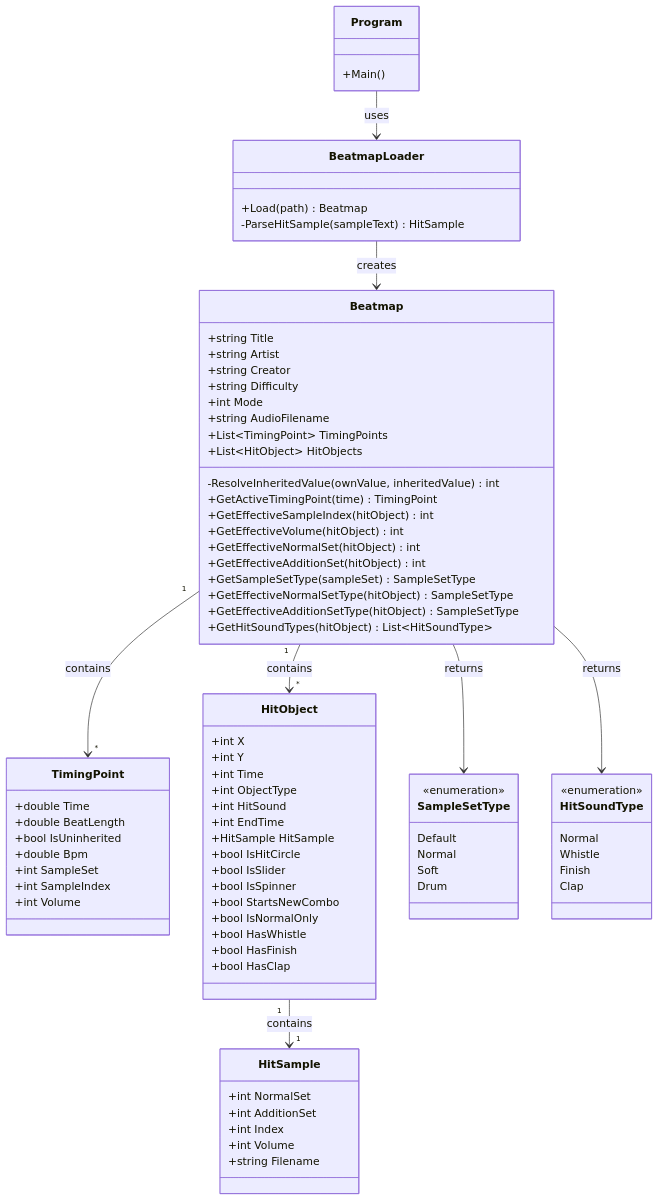
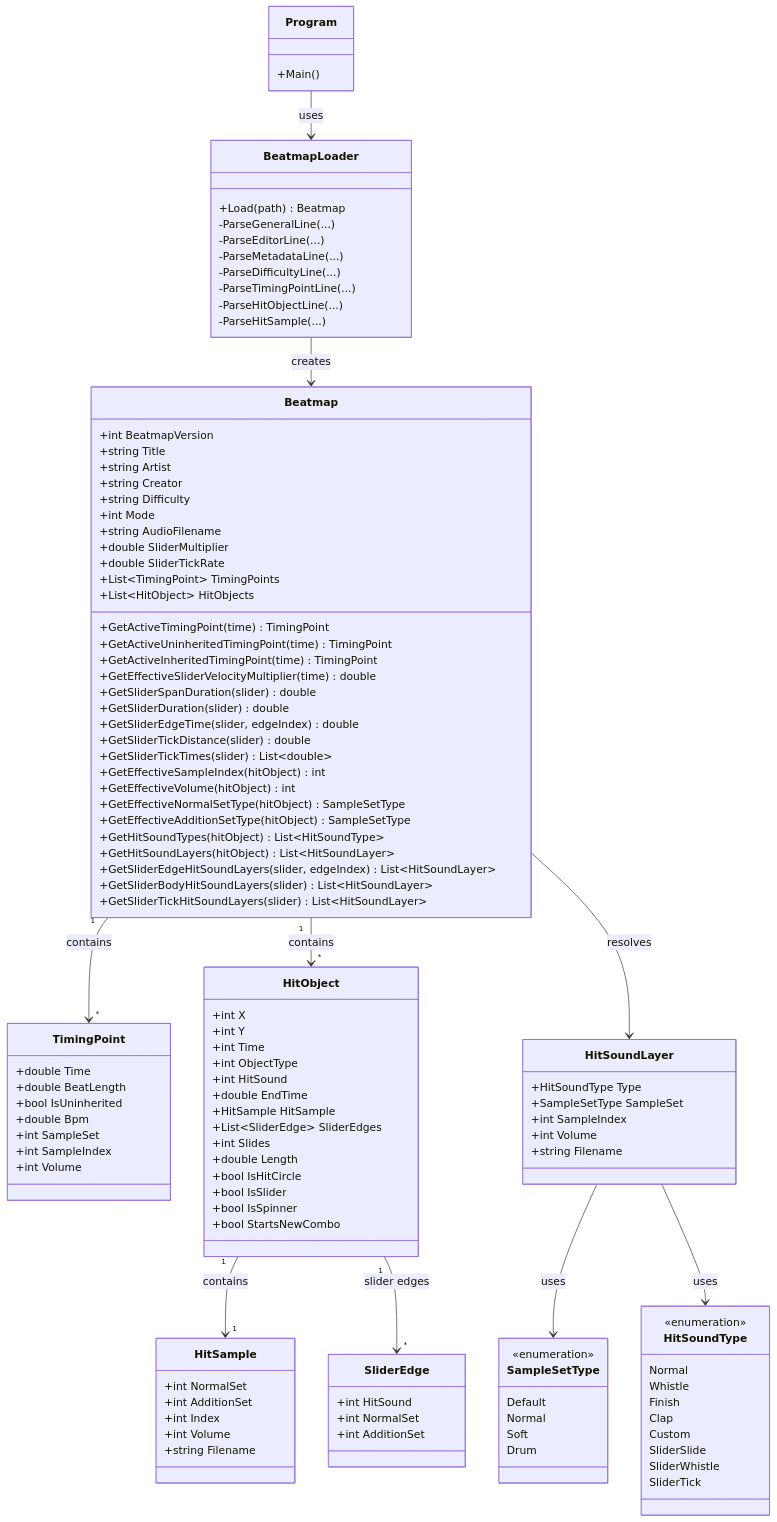
The second of 11 diagrams in docs/architecture.md (FAJIFBEFJHA/osu-hitsound-editor), drawn with Mermaid before and after one commit. The commit also changed other lines of this file and 16 other files, not shown here.

````diff
--- a/docs/architecture.md
+++ b/docs/architecture.md
@@ -19,10 +86,17 @@
 
     class BeatmapLoader {
         +Load(path) Beatmap
-        -ParseHitSample(sampleText) HitSample
+        -ParseGeneralLine(...)
+        -ParseEditorLine(...)
+        -ParseMetadataLine(...)
+        -ParseDifficultyLine(...)
+        -ParseTimingPointLine(...)
+        -ParseHitObjectLine(...)
+        -ParseHitSample(...)
     }
 
     class Beatmap {
+        +int BeatmapVersion
         +string Title
         +string Artist
         +string Creator
@@ -30,22 +104,33 @@
         +int Mode
         +string AudioFilename
 
+        +double SliderMultiplier
+        +double SliderTickRate
+
         +List~TimingPoint~ TimingPoints
         +List~HitObject~ HitObjects
 
-        -ResolveInheritedValue(ownValue, inheritedValue) int
+        +GetActiveTimingPoint(time) TimingPoint
+        +GetActiveUninheritedTimingPoint(time) TimingPoint
+        +GetActiveInheritedTimingPoint(time) TimingPoint
+        +GetEffectiveSliderVelocityMultiplier(time) double
 
-        +GetActiveTimingPoint(time) TimingPoint
+        +GetSliderSpanDuration(slider) double
+        +GetSliderDuration(slider) double
+        +GetSliderEdgeTime(slider, edgeIndex) double
+        +GetSliderTickDistance(slider) double
+        +GetSliderTickTimes(slider) List~double~
+
         +GetEffectiveSampleIndex(hitObject) int
         +GetEffectiveVolume(hitObject) int
-        +GetEffectiveNormalSet(hitObject) int
-        +GetEffectiveAdditionSet(hitObject) int
-
-        +GetSampleSetType(sampleSet) SampleSetType
         +GetEffectiveNormalSetType(hitObject) SampleSetType
         +GetEffectiveAdditionSetType(hitObject) SampleSetType
 
         +GetHitSoundTypes(hitObject) List~HitSoundType~
+        +GetHitSoundLayers(hitObject) List~HitSoundLayer~
+        +GetSliderEdgeHitSoundLayers(slider, edgeIndex) List~HitSoundLayer~
+        +GetSliderBodyHitSoundLayers(slider) List~HitSoundLayer~
+        +GetSliderTickHitSoundLayers(slider) List~HitSoundLayer~
     }
 
     class TimingPoint {
@@ -64,25 +149,38 @@
         +int Time
         +int ObjectType
         +int HitSound
-        +int EndTime
+        +double EndTime
 
         +HitSample HitSample
+        +List~SliderEdge~ SliderEdges
+
+        +int Slides
+        +double Length
 
         +bool IsHitCircle
         +bool IsSlider
         +bool IsSpinner
         +bool StartsNewCombo
-
-        +bool IsNormalOnly
-        +bool HasWhistle
-        +bool HasFinish
-        +bool HasClap
     }
 
     class HitSample {
         +int NormalSet
         +int AdditionSet
         +int Index
+        +int Volume
+        +string Filename
+    }
+
+    class SliderEdge {
+        +int HitSound
+        +int NormalSet
+        +int AdditionSet
+    }
+
+    class HitSoundLayer {
+        +HitSoundType Type
+        +SampleSetType SampleSet
+        +int SampleIndex
         +int Volume
         +string Filename
     }
@@ -101,6 +199,10 @@
         Whistle
         Finish
         Clap
+        Custom
+        SliderSlide
+        SliderWhistle
+        SliderTick
     }
 
     Program --> BeatmapLoader : uses
@@ -110,7 +212,9 @@
     Beatmap "1" --> "*" HitObject : contains
 
     HitObject "1" --> "1" HitSample : contains
+    HitObject "1" --> "*" SliderEdge : slider edges
 
-    Beatmap --> SampleSetType : returns
-    Beatmap --> HitSoundType : returns
+    Beatmap --> HitSoundLayer : resolves
+    HitSoundLayer --> SampleSetType : uses
+    HitSoundLayer --> HitSoundType : uses
 ```
````
